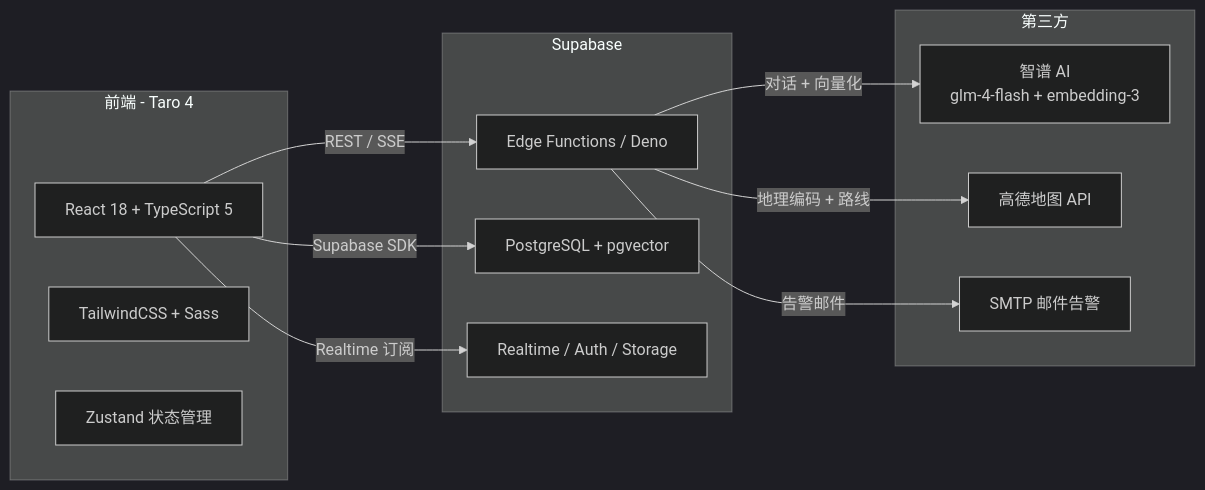
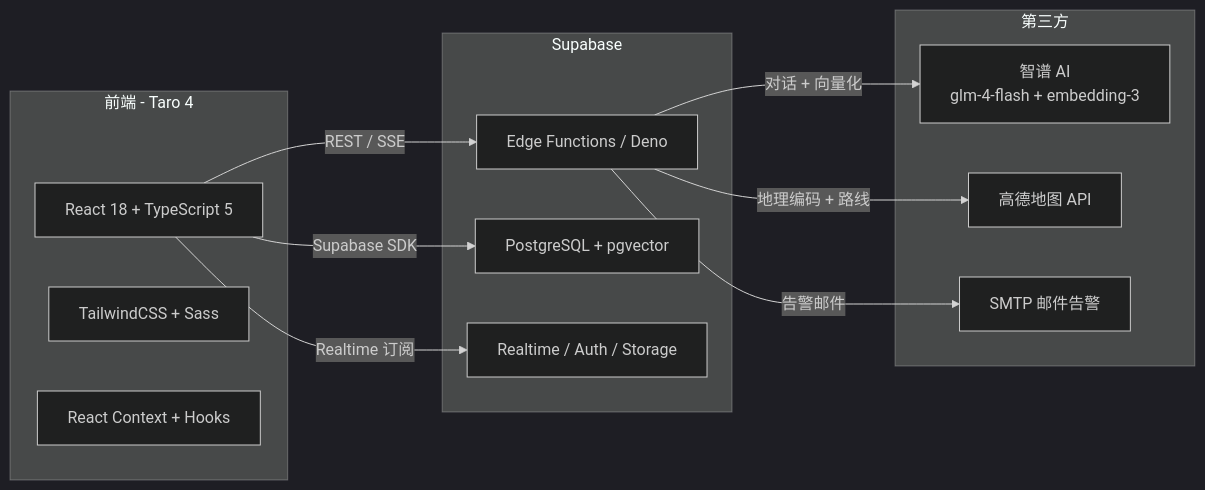
One commit to zhengzhicong98-source/legal-assistant changed the diagram in README.md. Above: the diagram before and after it, drawn with Mermaid (dark theme). The commit also changed other lines of this file and 4 other files, not shown here.

````diff
--- a/README.md
+++ b/README.md
@@ -24,27 +24,27 @@
 ```mermaid
 graph LR
     subgraph 前端[前端 - Taro 4]
         A[React 18 + TypeScript 5]
         B[TailwindCSS + Sass]
-        C[Zustand 状态管理]
+        C[React Context + Hooks]
     end
 
     subgraph 后端[Supabase]
         D[Edge Functions / Deno]
         E[PostgreSQL + pgvector]
         F[Realtime / Auth / Storage]
     end
 
     subgraph 第三方
         G[智谱 AI<br/>glm-4-flash + embedding-3]
         H[高德地图 API]
         I[SMTP 邮件告警]
     end
 
     A -->|REST / SSE| D
     A -->|Supabase SDK| E
     A -->|Realtime 订阅| F
     D -->|对话 + 向量化| G
     D -->|地理编码 + 路线| H
     D -->|告警邮件| I
 ```
````
